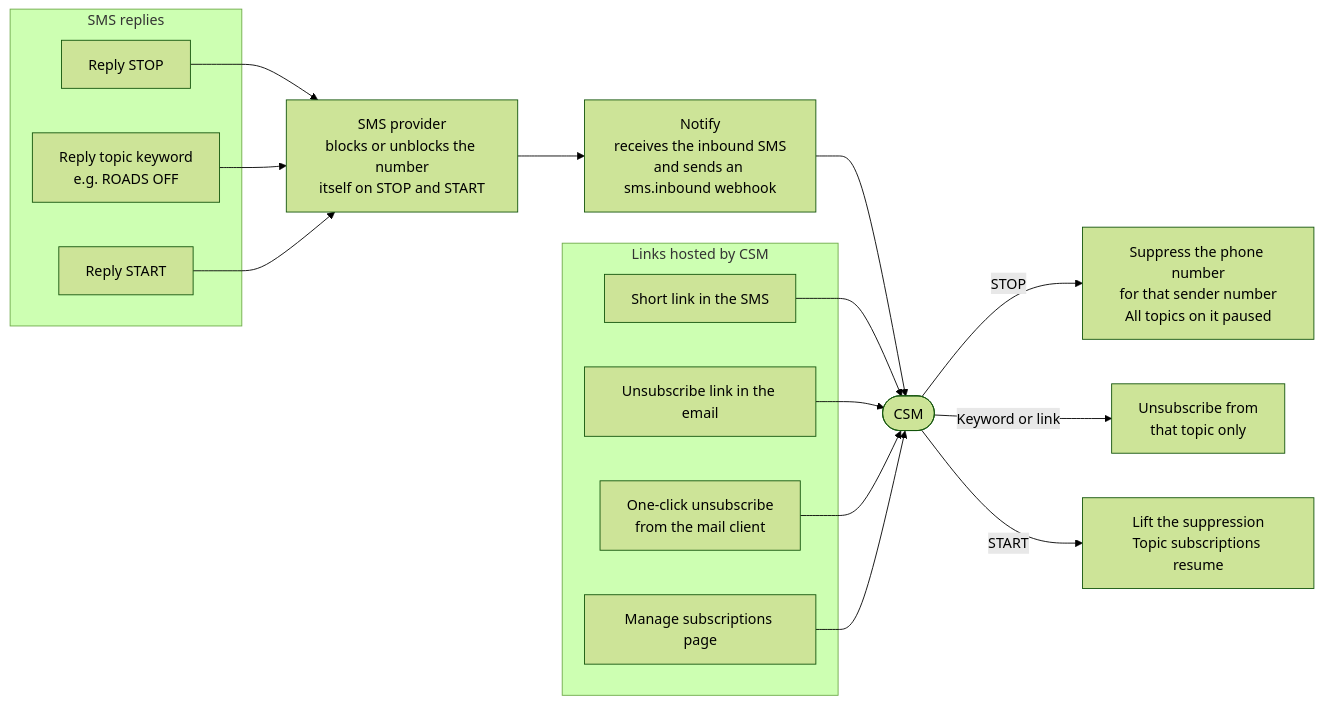
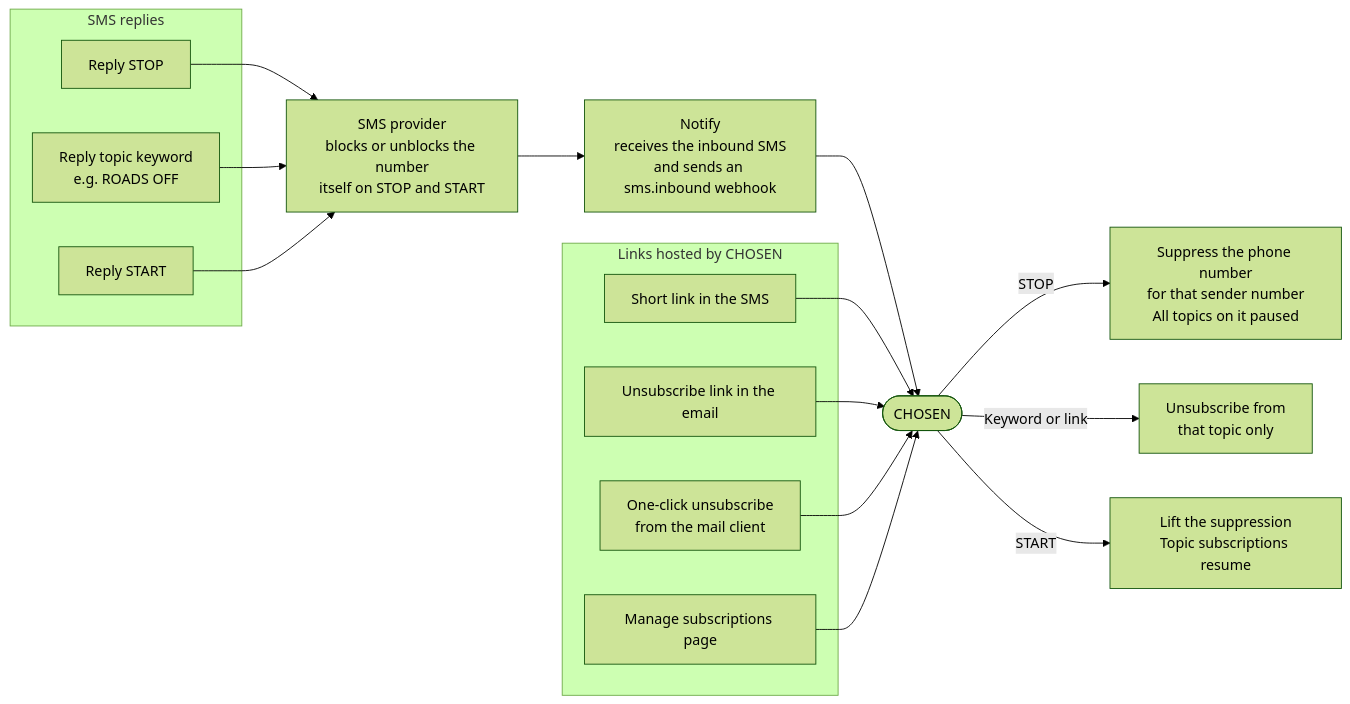
One commit to bcgov/common-subscription-manager changed the fourth of 7 diagrams in README.md. Above: the diagram before and after it, drawn with Mermaid (forest theme). The commit also changed other lines of this file and 9 other files, not shown here.

````diff
--- a/README.md
+++ b/README.md
@@ -145,33 +145,33 @@
 ```mermaid
 flowchart LR
     subgraph SMS["SMS replies"]
         stop["Reply STOP"]
         kw["Reply topic keyword<br/>e.g. ROADS OFF"]
         start["Reply START"]
     end
 
-    subgraph Links["Links hosted by CSM"]
+    subgraph Links["Links hosted by CHOSEN"]
         smslink["Short link in the SMS"]
         emaillink["Unsubscribe link in the email"]
         oneclick["One-click unsubscribe<br/>from the mail client"]
         manage["Manage subscriptions page"]
     end
 
     provider["SMS provider<br/>blocks or unblocks the number<br/>itself on STOP and START"]
     notify["Notify<br/>receives the inbound SMS<br/>and sends an sms.inbound webhook"]
-    csm(["CSM"])
+    chosen(["CHOSEN"])
 
     stop --> provider
     kw --> provider
     start --> provider
-    provider --> notify --> csm
+    provider --> notify --> chosen
 
-    smslink --> csm
-    emaillink --> csm
-    oneclick --> csm
-    manage --> csm
+    smslink --> chosen
+    emaillink --> chosen
+    oneclick --> chosen
+    manage --> chosen
 
-    csm -->|STOP| allOff["Suppress the phone number<br/>for that sender number<br/>All topics on it paused"]
-    csm -->|"Keyword or link"| oneOff["Unsubscribe from<br/>that topic only"]
-    csm -->|START| resume["Lift the suppression<br/>Topic subscriptions resume"]
+    chosen -->|STOP| allOff["Suppress the phone number<br/>for that sender number<br/>All topics on it paused"]
+    chosen -->|"Keyword or link"| oneOff["Unsubscribe from<br/>that topic only"]
+    chosen -->|START| resume["Lift the suppression<br/>Topic subscriptions resume"]
 ```
````
